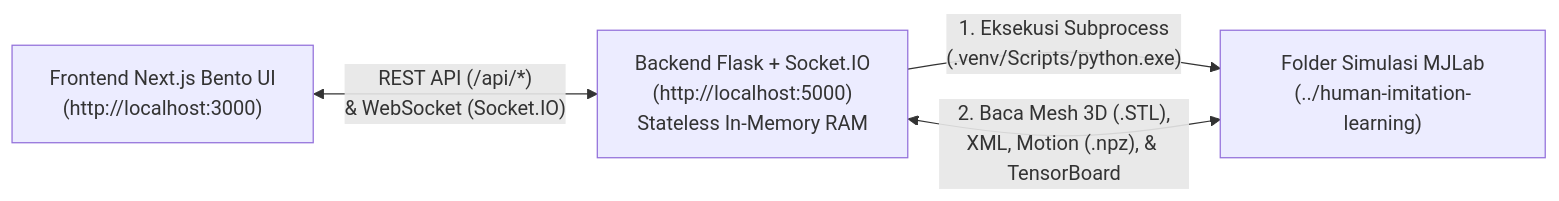
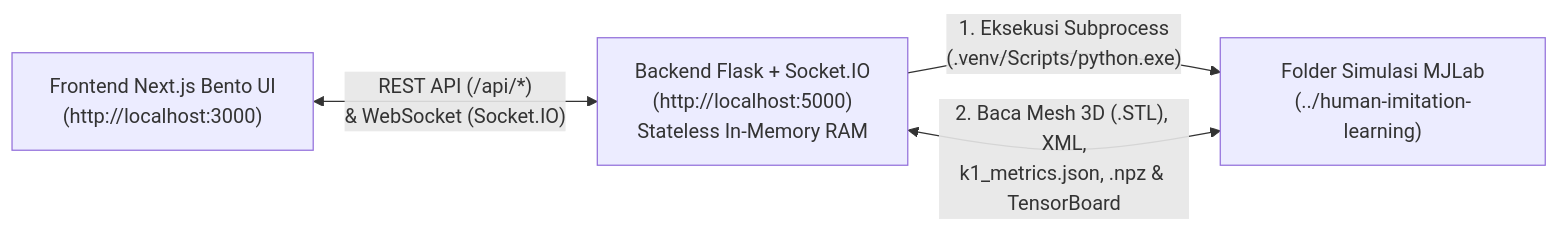
One commit to JoshNells13/FP-Website-Monitoring-Control-imitation-learning changed the diagram in README.md. Above: the diagram before and after it, drawn with Mermaid. The commit also changed other lines of this file and 1 other file, not shown here.

````diff
--- a/README.md
+++ b/README.md
@@ -80,10 +90,10 @@
 ```mermaid
 flowchart LR
     FE["Frontend Next.js Bento UI\n(http://localhost:3000)"]
     BE["Backend Flask + Socket.IO\n(http://localhost:5000)\nStateless In-Memory RAM"]
     HIL["Folder Simulasi MJLab\n(../human-imitation-learning)"]
 
     FE <-->|"REST API (/api/*)\n& WebSocket (Socket.IO)"| BE
     BE -->|"1. Eksekusi Subprocess\n(.venv/Scripts/python.exe)"| HIL
-    BE <-->|"2. Baca Mesh 3D (.STL),\nXML, Motion (.npz), & TensorBoard"| HIL
+    BE <-->|"2. Baca Mesh 3D (.STL), XML,\nk1_metrics.json, .npz & TensorBoard"| HIL
 ```
````
